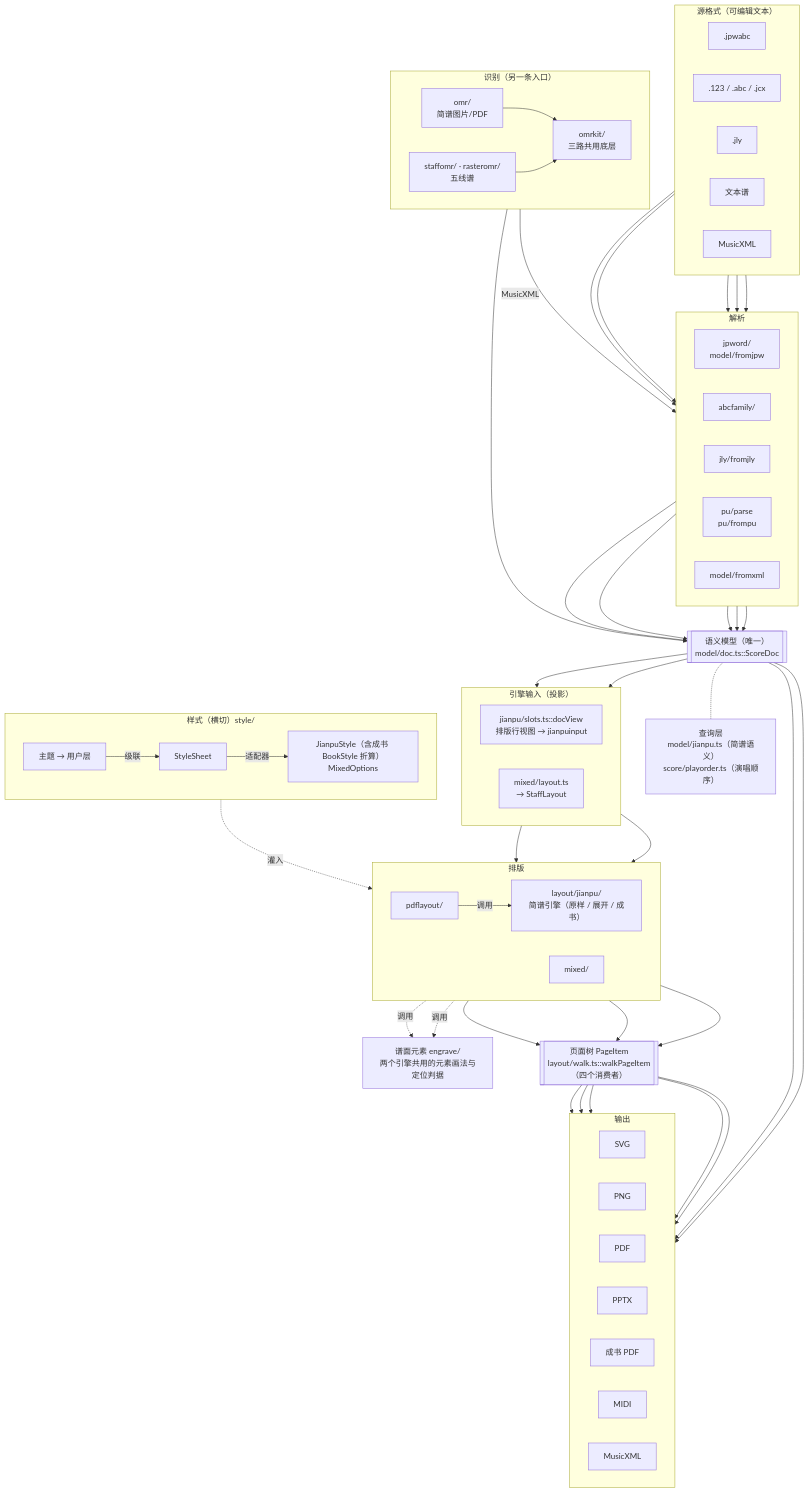
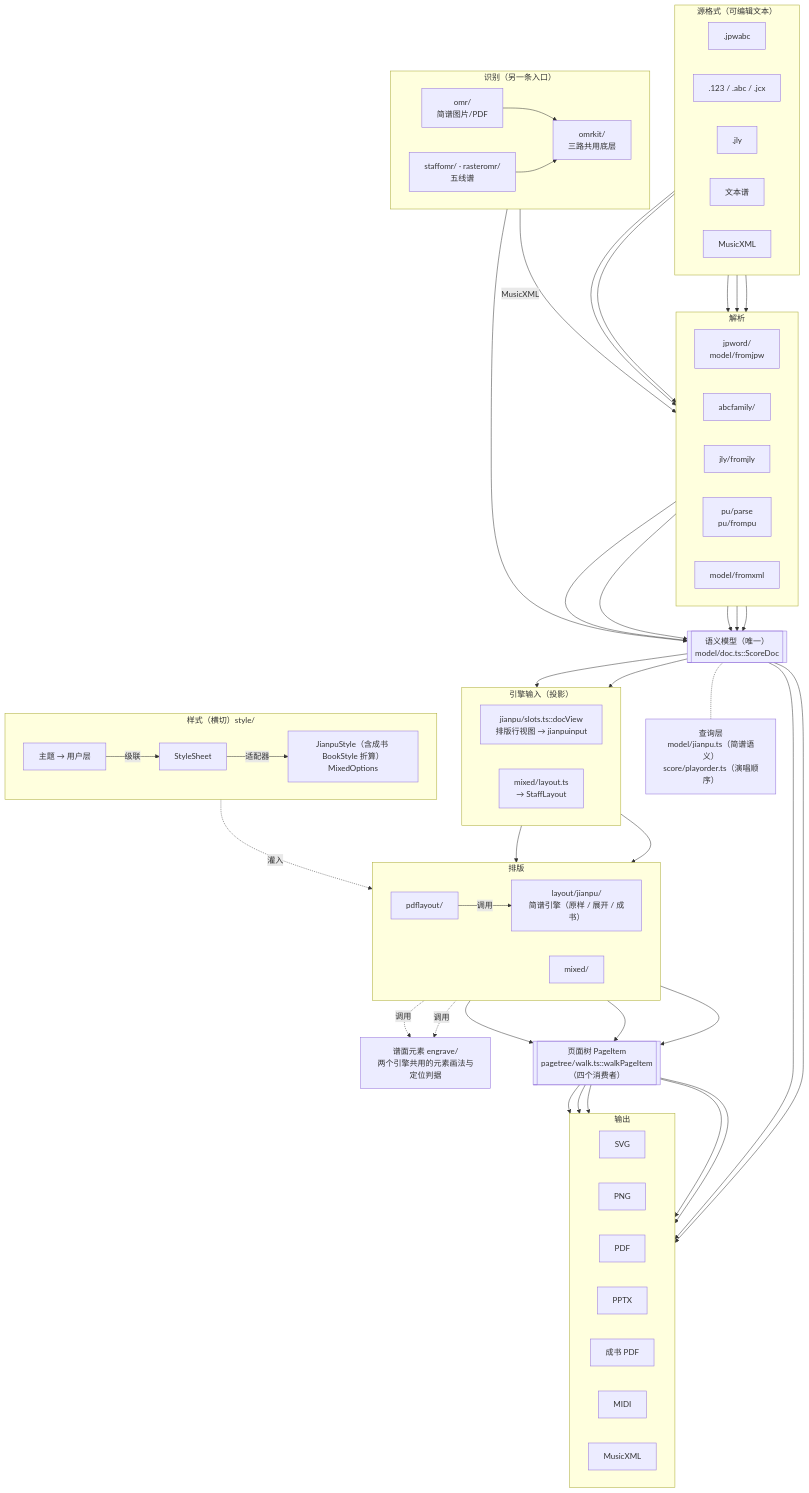
One commit to lodebar2026/dolce changed the diagram in docs/架构.md. Above: the diagram before and after it, drawn with Mermaid. The commit also changed other lines of this file and 68 other files, not shown here.

Commit message:
架构整改 R3：页面树单立 src/pagetree/（通用图元、Font、图元身份、walkPageItem）；简谱专属叶子并进 engrave（JpNumber/JpOctaveDot/BeamLine → engrave/jpnumber.ts、Lyric → engrave/syllable.ts、Slur/Tie → engrave/arc.ts）；MusicXML 导出版面 mixed/engrave.ts → editor/xmllayout.ts。消掉 engrave↔layout、layout↔mixed、layout↔style 与最后一处运行期文件环

```diff
--- a/docs/架构.md
+++ b/docs/架构.md
@@ -90,7 +90,7 @@
 
   engrave["谱面元素 engrave/<br/>两个引擎共用的元素画法与定位判据"]
 
-  tree[["页面树 PageItem<br/>layout/walk.ts::walkPageItem（四个消费者）"]]
+  tree[["页面树 PageItem<br/>pagetree/walk.ts::walkPageItem（四个消费者）"]]
 
   subgraph OUT["输出"]
     direction LR
```
